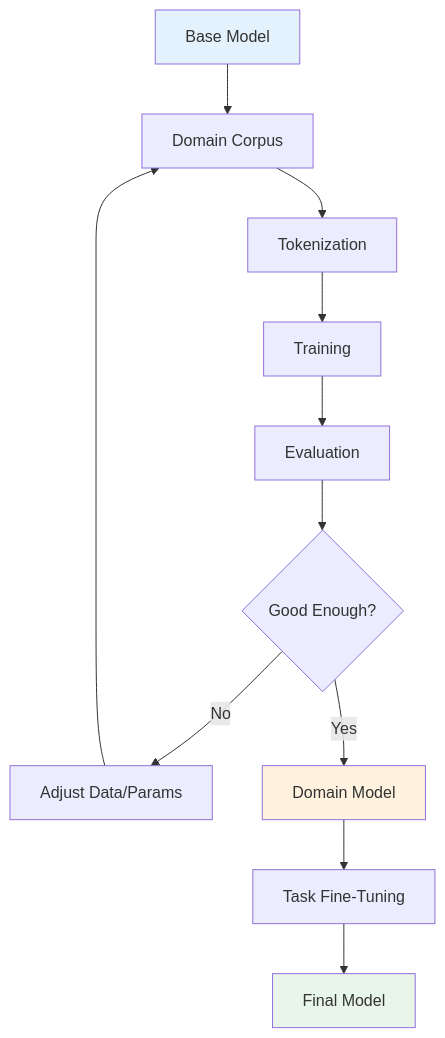
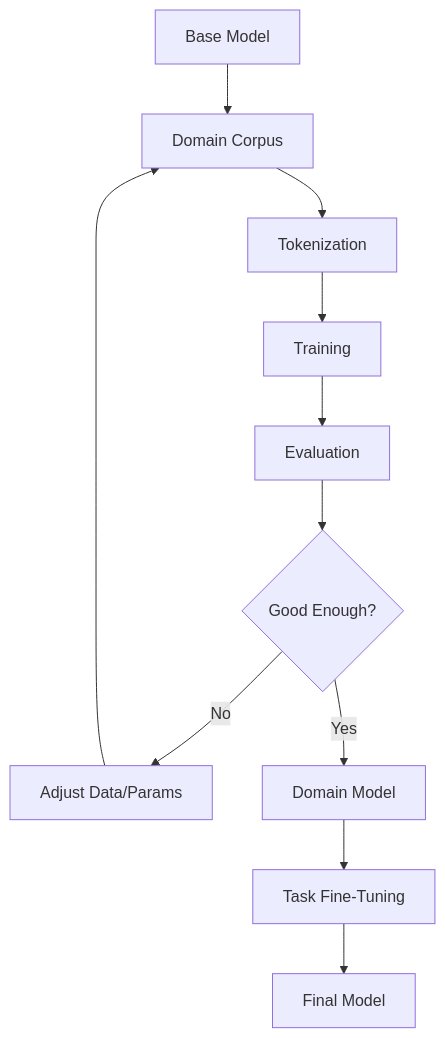
One commit to xdflatline/quartz changed the second of 2 diagrams in content/Concepts/continued-pretraining.md. Above: the diagram before and after it, drawn with Mermaid. The commit also changed other lines of this file and 6 other files, not shown here.

````diff
--- a/content/Concepts/continued-pretraining.md
+++ b/content/Concepts/continued-pretraining.md
@@ -79,17 +73,14 @@
 ```mermaid
 graph TD
     A[Base Model] --> B[Domain Corpus]
     B --> C[Tokenization]
     C --> D[Training]
     D --> E[Evaluation]
     E --> F{Good Enough?}
     F -->|No| G[Adjust Data/Params]
     G --> B
     F -->|Yes| H[Domain Model]
     H --> I[Task Fine-Tuning]
     I --> J[Final Model]
     
-    style A fill:#e3f2fd
-    style H fill:#fff3e0
-    style J fill:#e8f5e9
 ```
````
